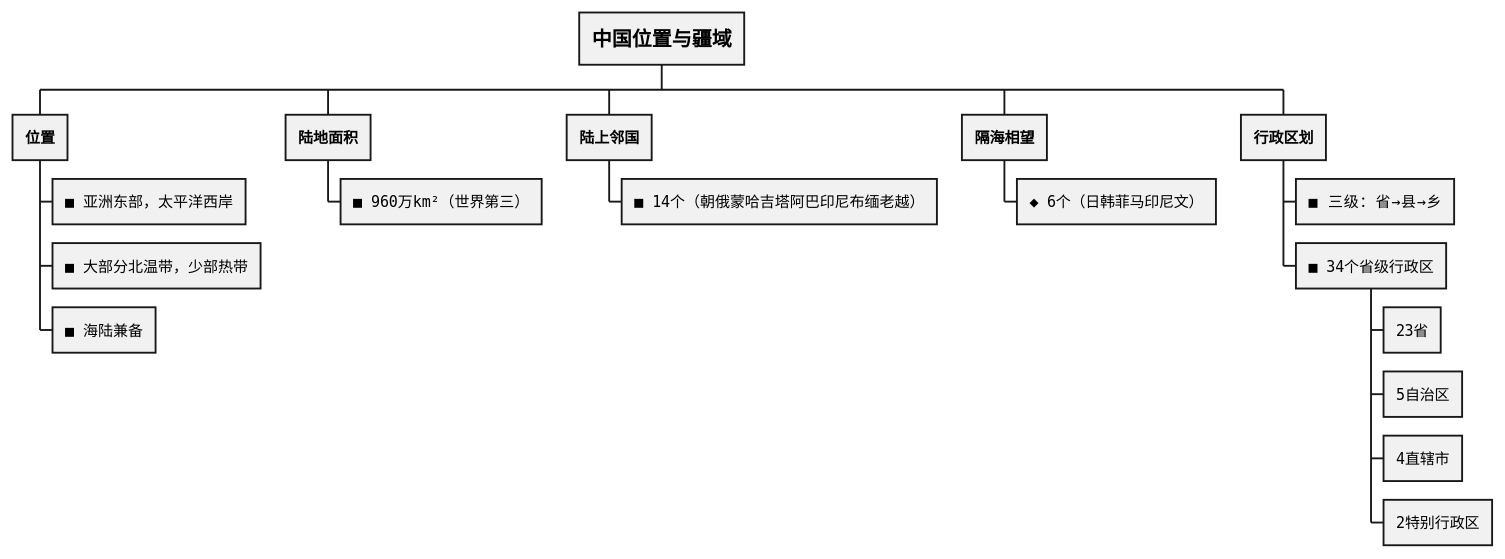
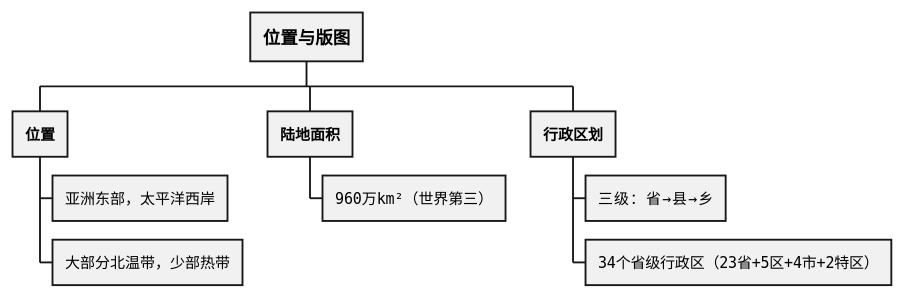
The first of 2 diagrams in 地理/中国地理/中国地理.md (zhyage/Shehui), drawn with PlantUML before and after one commit. The commit also changed other lines of this file and 1 other file, not shown here.

Commit message:
中国位置与疆域WBS拆为位置版图+邻国两图

````diff
--- a/地理/中国地理/中国地理.md
+++ b/地理/中国地理/中国地理.md
@@ -49,22 +49,13 @@
 ```plantuml
 @startwbs
-+ <size:16><b>中国位置与疆域</b></size>
++ <size:14><b>位置与版图</b></size>
 ++ <b>位置</b>
-+++ ■ 亚洲东部，太平洋西岸
-+++ ■ 大部分北温带，少部热带
-+++ ■ 海陆兼备
++++ 亚洲东部，太平洋西岸
++++ 大部分北温带，少部热带
 ++ <b>陆地面积</b>
-+++ ■ 960万km²（世界第三）
-++ <b>陆上邻国</b>
-+++ ■ 14个（朝俄蒙哈吉塔阿巴印尼布缅老越）
-++ <b>隔海相望</b>
-+++ ◆ 6个（日韩菲马印尼文）
++++ 960万km²（世界第三）
 ++ <b>行政区划</b>
-+++ ■ 三级：省→县→乡
-+++ ■ 34个省级行政区
-++++ 23省
-++++ 5自治区
-++++ 4直辖市
-++++ 2特别行政区
++++ 三级：省→县→乡
++++ 34个省级行政区（23省+5区+4市+2特区）
 @endwbs
 ```
````
